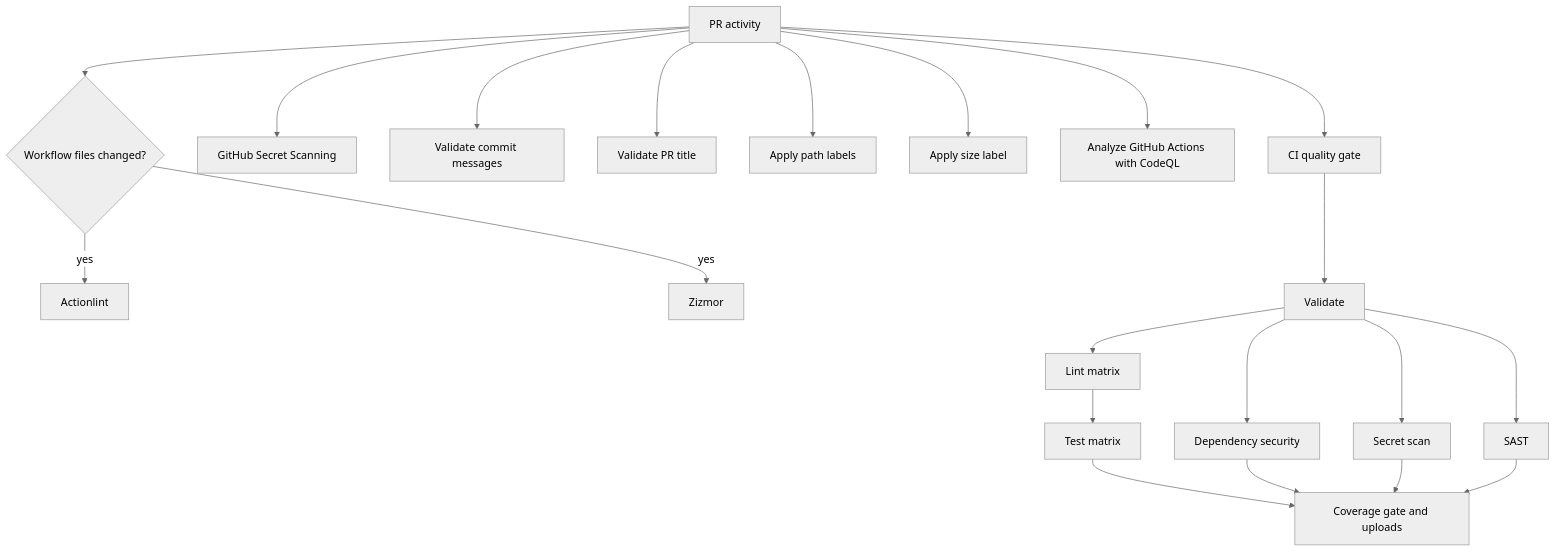
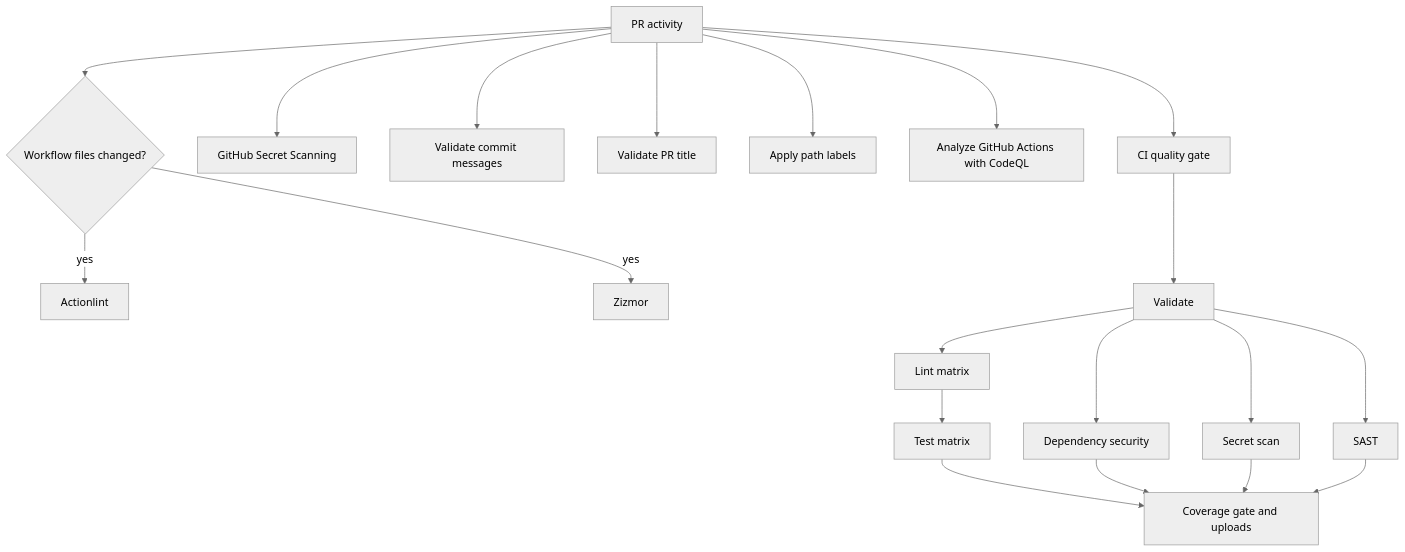
The second of 5 diagrams in WORKFLOWS.md (jooservices/dto), drawn with Mermaid (neutral theme) before and after one commit. The commit also changed other lines of this file and 6 other files, not shown here.

````diff
--- a/WORKFLOWS.md
+++ b/WORKFLOWS.md
@@ -47,24 +43,23 @@
 ```mermaid
 flowchart TD
     PR[PR activity] --> CI[CI quality gate]
     PR --> Native[GitHub Secret Scanning]
     PR --> CL[Validate commit messages]
     PR --> SPT[Validate PR title]
     PR --> PL[Apply path labels]
-    PR --> PSL[Apply size label]
     PR --> CQL[Analyze GitHub Actions with CodeQL]
     PR --> WA{Workflow files changed?}
     WA -->|yes| AL[Actionlint]
     WA -->|yes| ZM[Zizmor]
 
     CI --> V[Validate]
     V --> L[Lint matrix]
     L --> T[Test matrix]
     V --> DS[Dependency security]
     V --> SS[Secret scan]
     V --> SA[SAST]
     T --> CU[Coverage gate and uploads]
     DS --> CU
     SS --> CU
     SA --> CU
 ```
````
